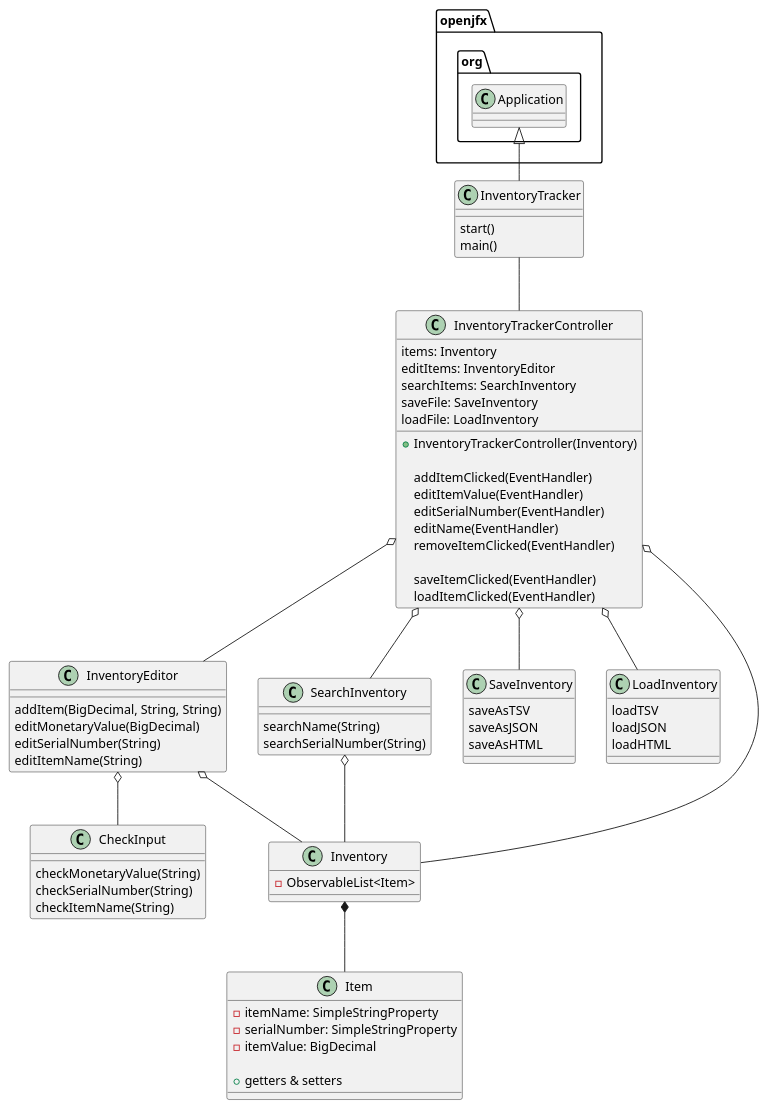
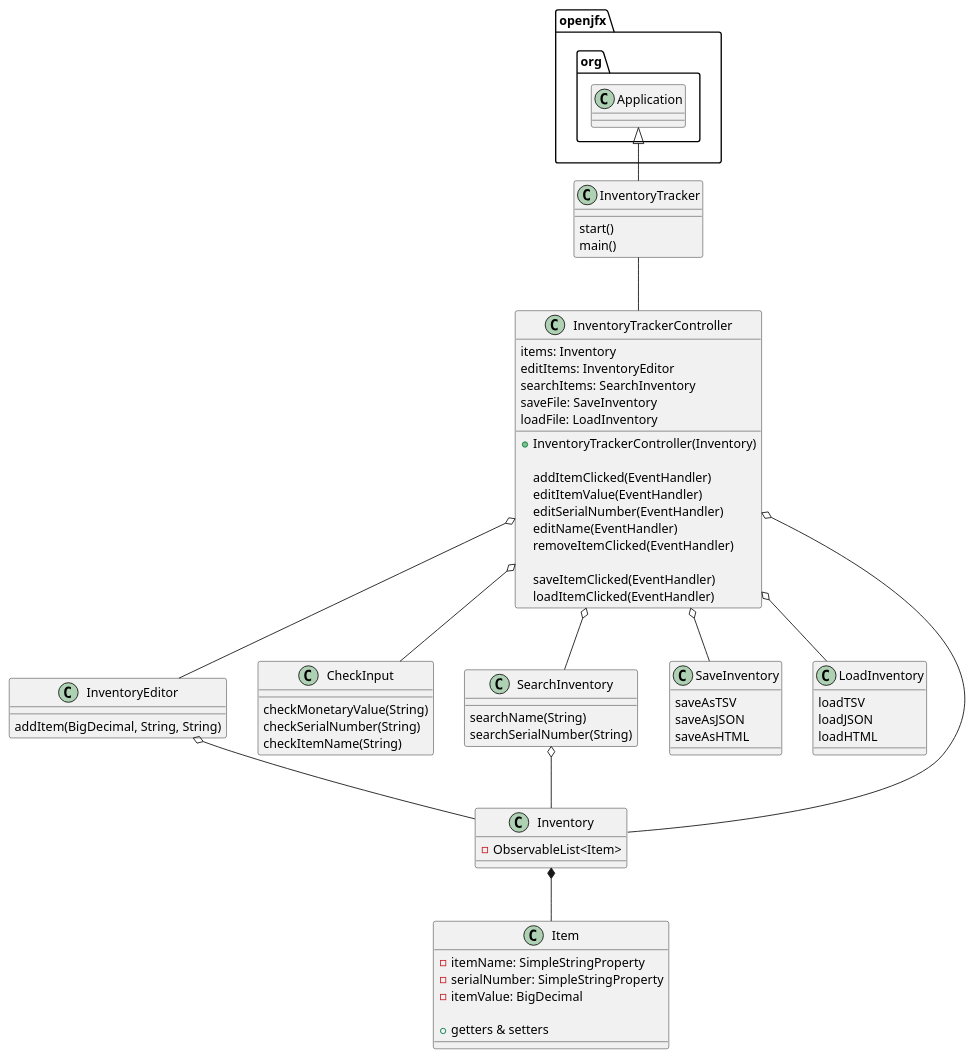
One commit to C-Gagne/gagne-1078-a5 changed the diagram in uml/InventoryTrackerUML.puml. Above: the diagram before and after it, drawn with PlantUML. The commit also changed 6 other files, not shown here.

```diff
--- a/uml/InventoryTrackerUML.puml
+++ b/uml/InventoryTrackerUML.puml
@@ -1,89 +1,85 @@
 @startuml
 'https://plantuml.com/class-diagram
 
 class InventoryTracker {
     start()
     main()
 }
 
 
 class InventoryTrackerController {
     items: Inventory
     editItems: InventoryEditor
     searchItems: SearchInventory
     saveFile: SaveInventory
     loadFile: LoadInventory
 
     + InventoryTrackerController(Inventory)
 
     addItemClicked(EventHandler)
     editItemValue(EventHandler)
     editSerialNumber(EventHandler)
     editName(EventHandler)
     removeItemClicked(EventHandler)
 
     saveItemClicked(EventHandler)
     loadItemClicked(EventHandler)
 }
 
 
 class InventoryEditor {
     addItem(BigDecimal, String, String)
-    editMonetaryValue(BigDecimal)
-    editSerialNumber(String)
-    editItemName(String)
 }
 
 class CheckInput {
     checkMonetaryValue(String)
     checkSerialNumber(String)
     checkItemName(String)
 }
 
 class SearchInventory {
     searchName(String)
     searchSerialNumber(String)
 }
 
 class SaveInventory {
     saveAsTSV
     saveAsJSON
     saveAsHTML
 }
 
 class LoadInventory {
     loadTSV
     loadJSON
     loadHTML
 }
 
 class Inventory {
     - ObservableList<Item>
 }
 
 class Item {
     - itemName: SimpleStringProperty
     - serialNumber: SimpleStringProperty
     - itemValue: BigDecimal
 
     + getters & setters
 }
 
 
 openjfx.org.Application <|-- InventoryTracker
 InventoryTracker -- InventoryTrackerController
 
 InventoryTrackerController o-- Inventory
 InventoryTrackerController o-- InventoryEditor
 InventoryTrackerController o-- SaveInventory
 InventoryTrackerController o-- LoadInventory
 InventoryTrackerController o-- SearchInventory
-
-InventoryEditor o-- CheckInput
+InventoryTrackerController o-- CheckInput
 
 InventoryEditor o-- Inventory
 SearchInventory o-- Inventory
 
 Inventory *-- Item
 
 @enduml
```
